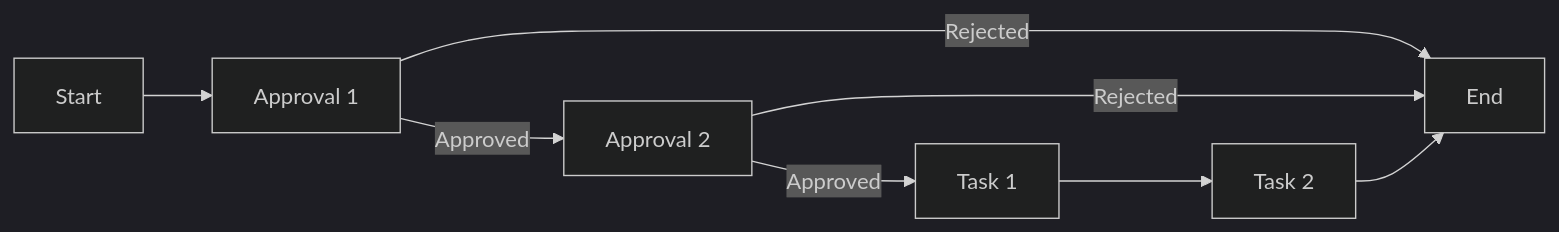
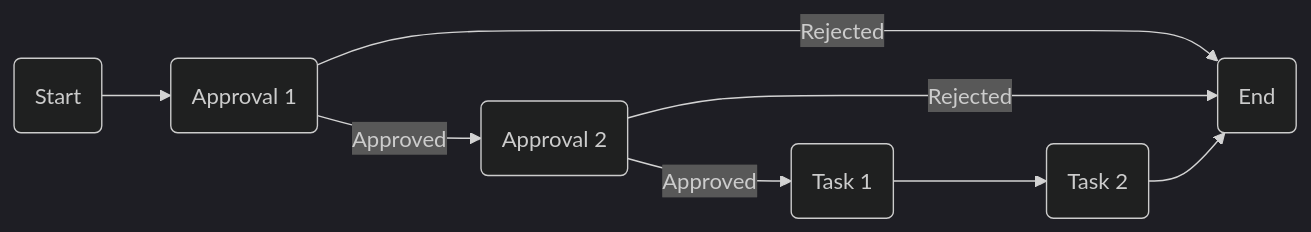
The diagram in public/mmd/2-approval-2-task-serial.mmd (jacebenson/workflow), drawn with Mermaid (dark theme) before and after one commit. The commit also changed 9 other files, not shown here.

```diff
--- a/public/mmd/2-approval-2-task-serial.mmd
+++ b/public/mmd/2-approval-2-task-serial.mmd
@@ -1,15 +1,15 @@
 graph LR
-  S0[Start]
-  A1[Approval 1]
-  A2[Approval 2]
-  T1[Task 1]
-  T2[Task 2]
-  E0[End]
+  S0(Start)
+  A1(Approval 1)
+  A2(Approval 2)
+  T1(Task 1)
+  T2(Task 2)
+  E0(End)
   
   S0-->A1
   A1--Rejected-->E0
   A1--Approved-->A2
   A2--Rejected-->E0
   A2--Approved-->T1
   T1-->T2
   T2-->E0
```
